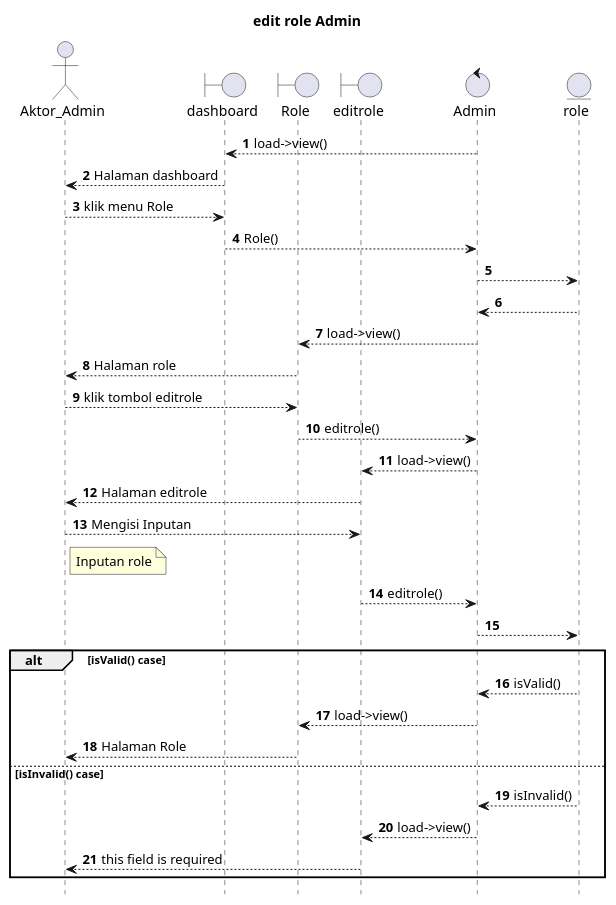
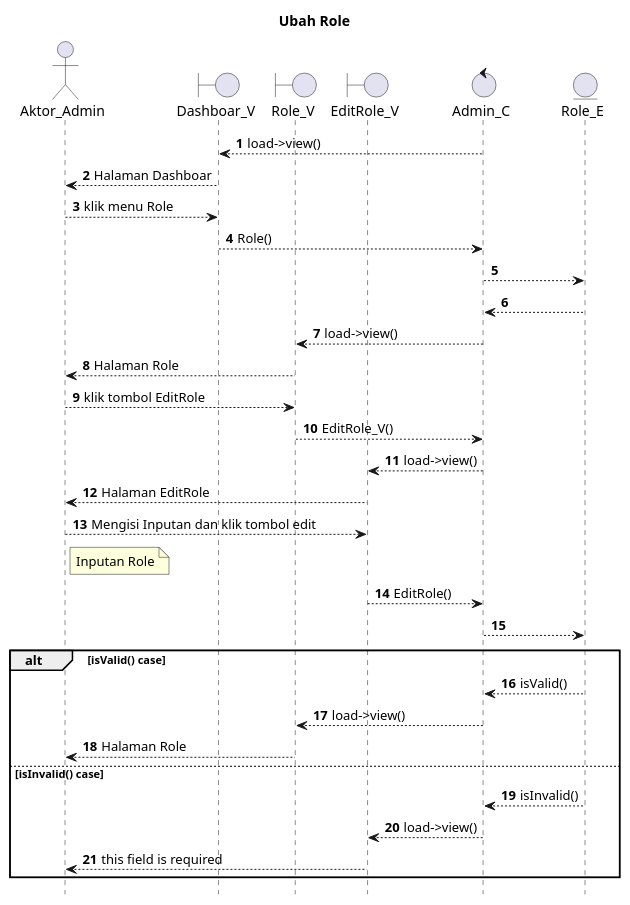
The diagram in UML/admin/editrole.puml (kurniado729/sistem_kp), drawn with PlantUML before and after one commit. The commit also changed 54 other files, not shown here.

```diff
--- a/UML/admin/editrole.puml
+++ b/UML/admin/editrole.puml
@@ -1,50 +1,50 @@
 @startuml
 
 autonumber
 hide footbox
-title edit role Admin
+title Ubah Role
 
 Actor Aktor_Admin
-boundary dashboard
-boundary Role
-boundary editrole
-control Admin
-Entity role
+boundary Dashboar_V
+boundary Role_V
+boundary EditRole_V
+control Admin_C
+Entity Role_E
 
-Admin --> dashboard: load->view()
-dashboard --> Aktor_Admin: Halaman dashboard
-Aktor_Admin --> dashboard: klik menu Role
-dashboard --> Admin: Role()
-Admin --> role:
+Admin_C --> Dashboar_V: load->view()
+Dashboar_V --> Aktor_Admin: Halaman Dashboar
+Aktor_Admin --> Dashboar_V: klik menu Role
+Dashboar_V --> Admin_C: Role()
+Admin_C --> Role_E:
     
-    role --> Admin:
-    Admin --> Role: load->view()
-    Role --> Aktor_Admin: Halaman role
+    Role_E --> Admin_C:
+    Admin_C --> Role_V: load->view()
+    Role_V --> Aktor_Admin: Halaman Role
 
-Aktor_Admin --> Role: klik tombol editrole
-Role --> Admin: editrole()
-Admin --> editrole: load->view()
-editrole --> Aktor_Admin: Halaman editrole
+Aktor_Admin --> Role_V: klik tombol EditRole
+Role_V --> Admin_C: EditRole_V()
+Admin_C --> EditRole_V: load->view()
+EditRole_V --> Aktor_Admin: Halaman EditRole
 
-Aktor_Admin --> editrole: Mengisi Inputan
+Aktor_Admin --> EditRole_V: Mengisi Inputan dan klik tombol edit
     note right of Aktor_Admin
-        Inputan role
+        Inputan Role
             end note
-editrole --> Admin: editrole()
-Admin --> role:
+EditRole_V --> Admin_C: EditRole()
+Admin_C --> Role_E:
 
 alt isValid() case
     
-    role --> Admin: isValid()
-    Admin --> Role: load->view()
-    Role --> Aktor_Admin: Halaman Role
+    Role_E --> Admin_C: isValid()
+    Admin_C --> Role_V: load->view()
+    Role_V --> Aktor_Admin: Halaman Role
 
 else isInvalid() case
     
-    role --> Admin: isInvalid()
-    Admin --> editrole: load->view()
-    editrole --> Aktor_Admin: this field is required
+    Role_E --> Admin_C: isInvalid()
+    Admin_C --> EditRole_V: load->view()
+    EditRole_V --> Aktor_Admin: this field is required
 end
 
 
 @enduml
```
